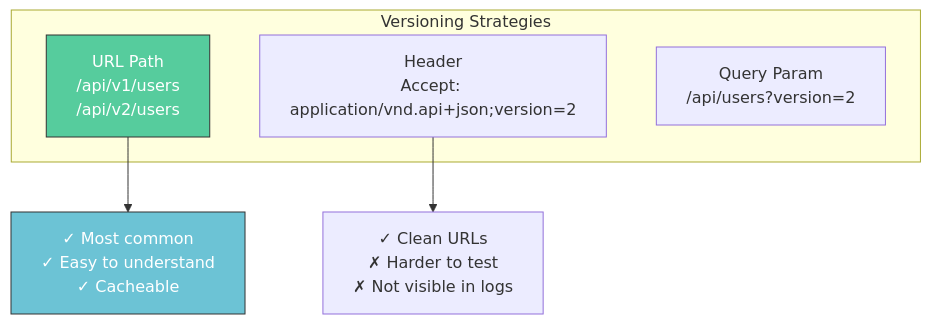
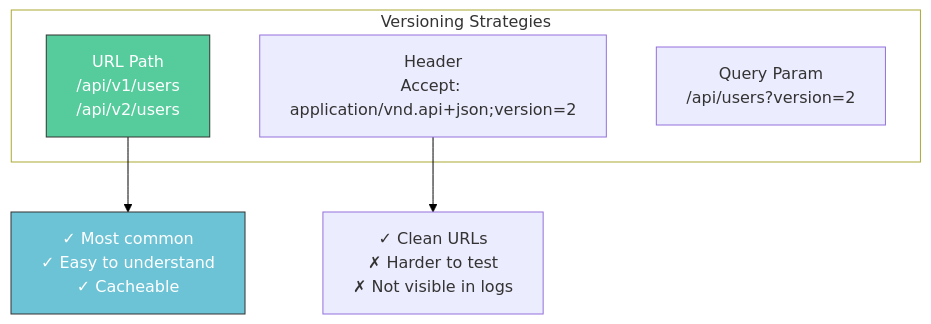
One commit to tanquangduong/tanquangduong.github.io changed the eighth of 10 diagrams in posts/swe-interview/Python-SWE-Interview-QA-4.qmd. Above: the diagram before and after it, drawn with Mermaid. The commit also changed other lines of this file and 204 other files, not shown here.

````diff
--- a/posts/swe-interview/Python-SWE-Interview-QA-4.qmd
+++ b/posts/swe-interview/Python-SWE-Interview-QA-4.qmd
@@ -844,14 +854,16 @@
 ```{mermaid}
 graph TD
+    linkStyle default stroke:#000,color:#000
     subgraph Strategies["Versioning Strategies"]
         URL["URL Path<br/>/api/v1/users<br/>/api/v2/users"]
         HEADER["Header<br/>Accept: application/vnd.api+json;version=2"]
         QUERY["Query Param<br/>/api/users?version=2"]
     end
 
     URL --> REC["✓ Most common<br/>✓ Easy to understand<br/>✓ Cacheable"]
     HEADER --> ADV["✓ Clean URLs<br/>✗ Harder to test<br/>✗ Not visible in logs"]
 
     style URL fill:#56cc9d,stroke:#333,color:#fff
     style REC fill:#6cc3d5,stroke:#333,color:#fff
+    style Strategies fill:#fff
 ```
````
